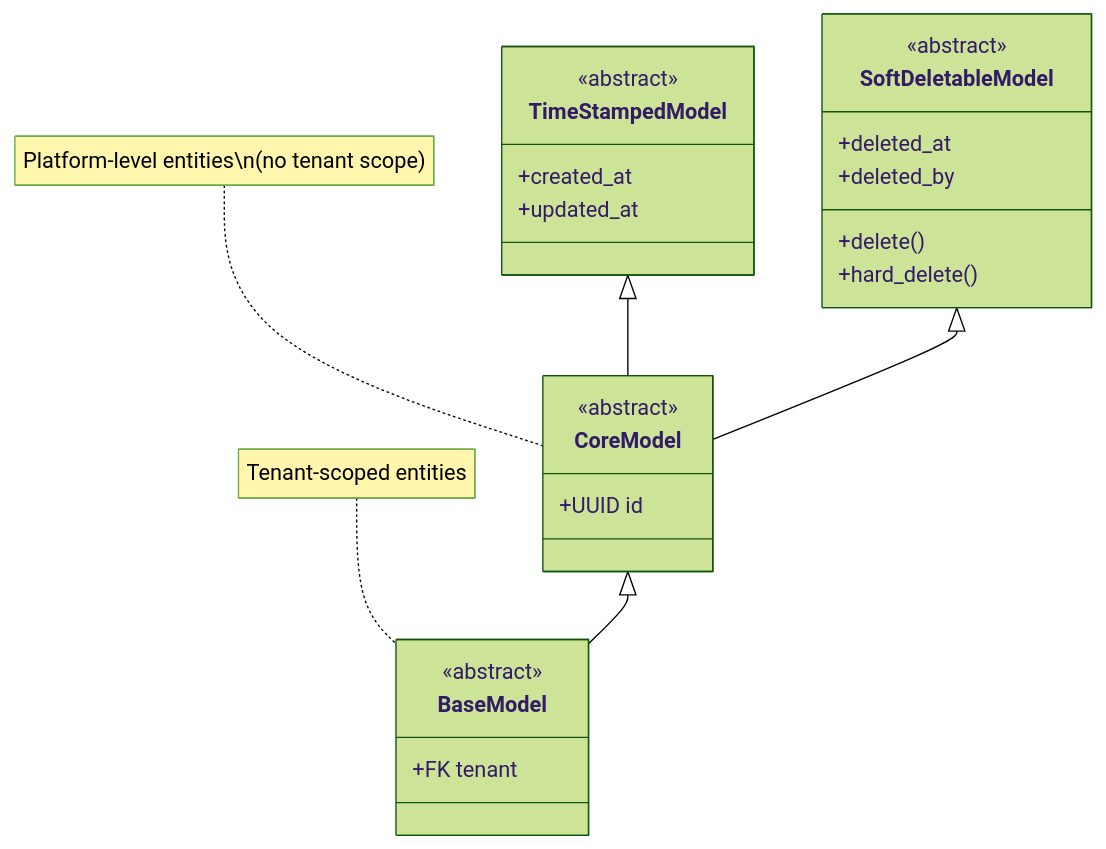
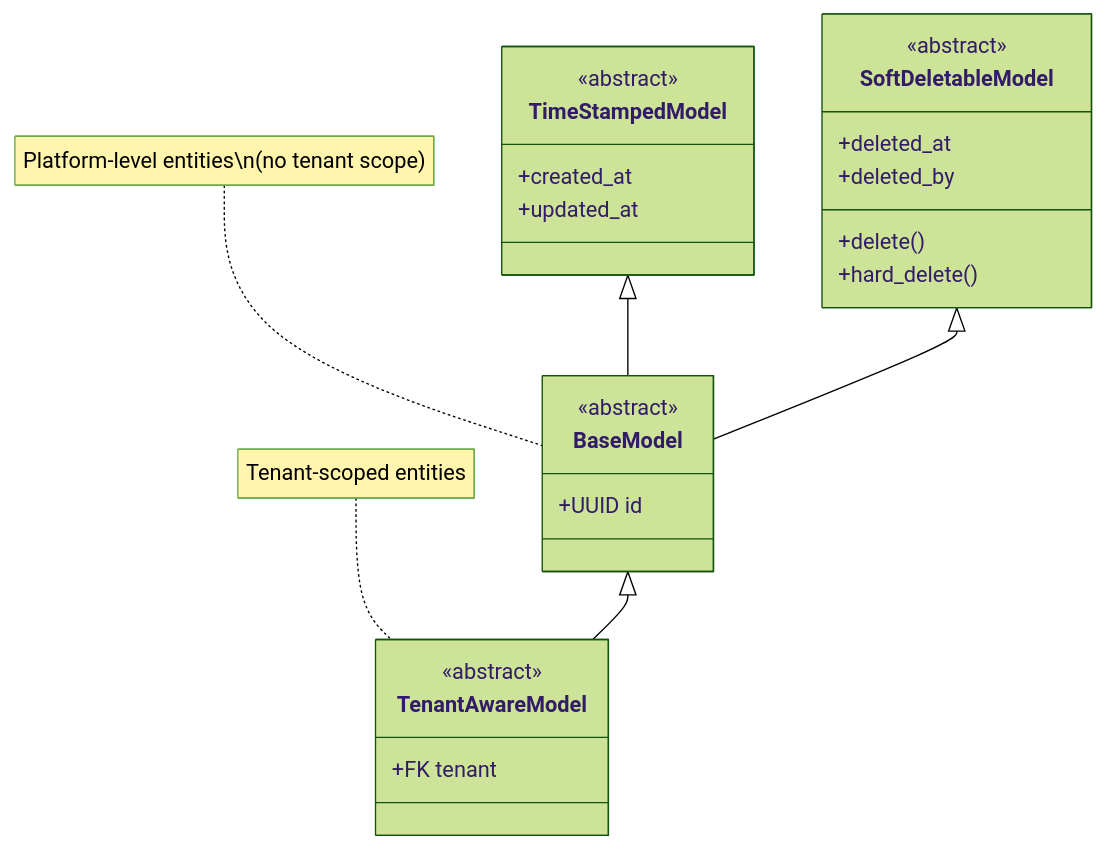
Before and after one commit to camercadop/drf-enterprise-information-platform: the second of 4 diagrams in docs/guidelines/multi-tenancy.md, drawn with Mermaid (forest theme). The commit also changed other lines of this file and 16 other files, not shown here.

Commit message:
feat(tenancy): Implement ORM-level enforcement and refine model hierarchy

````diff
--- a/docs/guidelines/multi-tenancy.md
+++ b/docs/guidelines/multi-tenancy.md
@@ -62,30 +62,30 @@
 ```mermaid
 classDiagram
     class TimeStampedModel {
         <<abstract>>
         +created_at
         +updated_at
     }
     class SoftDeletableModel {
         <<abstract>>
         +deleted_at
         +deleted_by
         +delete()
         +hard_delete()
     }
-    class CoreModel {
+    class BaseModel {
         <<abstract>>
         +UUID id
     }
-    class BaseModel {
+    class TenantAwareModel {
         <<abstract>>
         +FK tenant
     }
 
-    TimeStampedModel <|-- CoreModel
-    SoftDeletableModel <|-- CoreModel
-    CoreModel <|-- BaseModel
+    TimeStampedModel <|-- BaseModel
+    SoftDeletableModel <|-- BaseModel
+    BaseModel <|-- TenantAwareModel
 
-    note for CoreModel "Platform-level entities\n(no tenant scope)"
-    note for BaseModel "Tenant-scoped entities"
+    note for BaseModel "Platform-level entities\n(no tenant scope)"
+    note for TenantAwareModel "Tenant-scoped entities"
 ```
````
